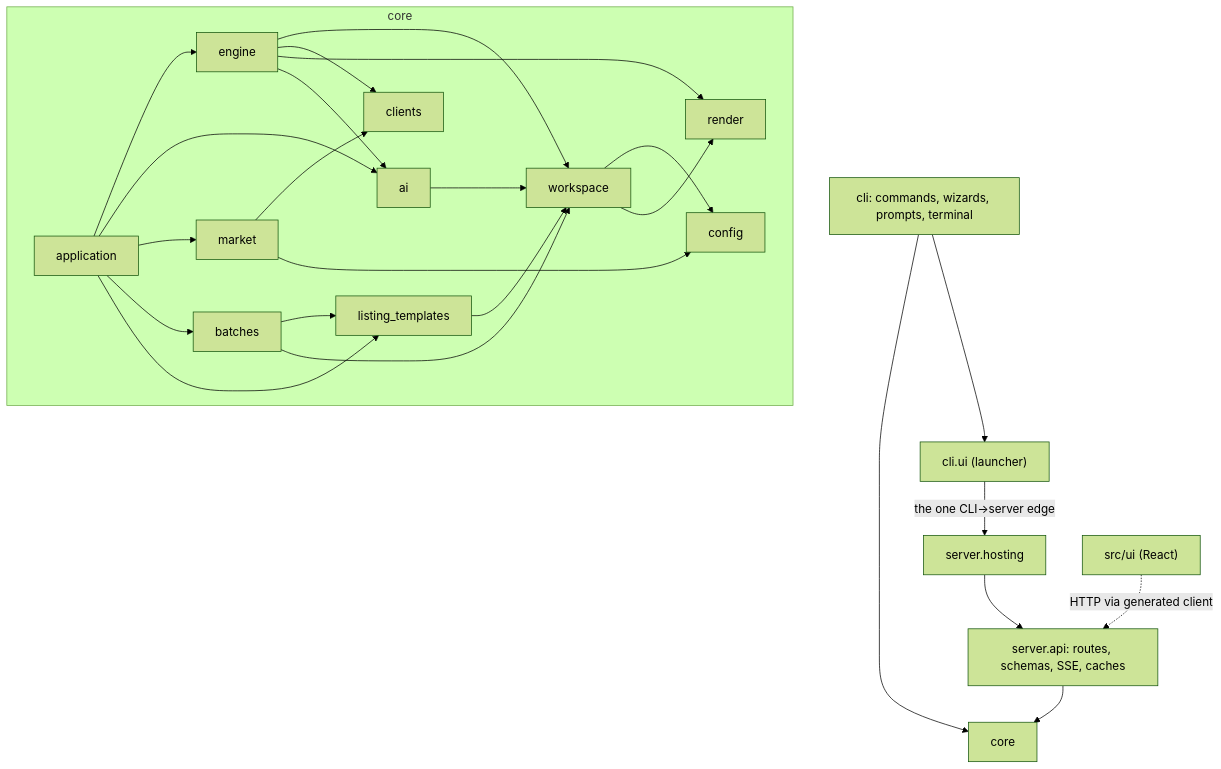
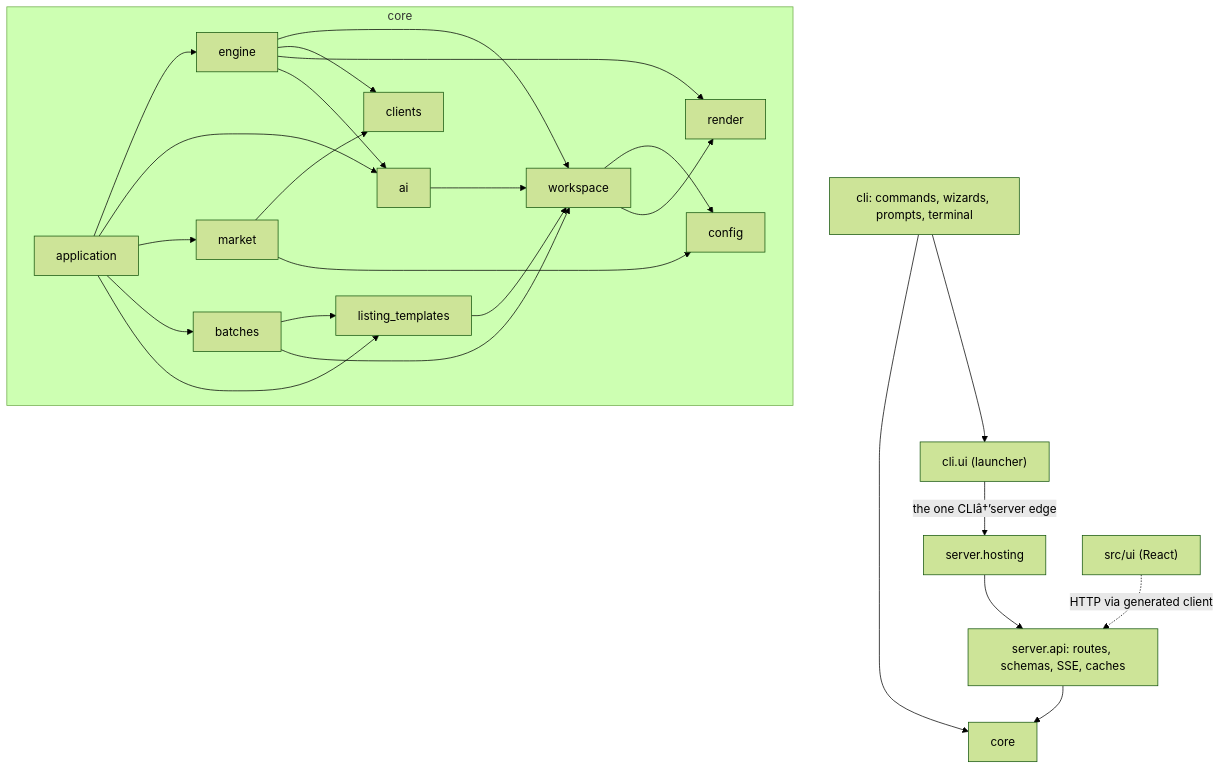
Before and after one commit to eli-jordan/etsy-listing-automation: the first of 5 diagrams in docs/architecture.md, drawn with Mermaid (forest theme). The commit also changed other lines of this file and 255 other files, not shown here.

````diff
--- a/docs/architecture.md
+++ b/docs/architecture.md
@@ -59,28 +63,28 @@
 ```mermaid
 graph TD
-    CLIUI["cli.ui (launcher)"] -->|"the one CLI→server edge"| HOSTING["server.hosting"]
+    CLIUI["cli.ui (launcher)"] -->|"the one CLIâ†’server edge"| HOSTING["server.hosting"]
     CLI["cli: commands, wizards, prompts, terminal"] --> CORE
     CLI --> CLIUI
     HOSTING --> API["server.api: routes, schemas, SSE, caches"]
     API --> CORE["core"]
     SPA["src/ui (React)"] -. "HTTP via generated client" .-> API
     subgraph CORE_INSIDE [core]
         APP["application"] --> ENGINE["engine"]
         APP --> AIP["ai"]
         APP --> MARKET["market"]
         APP --> BATCHES["batches"]
         APP --> TEMPLATES["listing_templates"]
         ENGINE --> WORKSPACE["workspace"]
         ENGINE --> CLIENTS["clients"]
         ENGINE --> RENDER["render"]
         ENGINE --> AIP
         BATCHES --> TEMPLATES
         BATCHES --> WORKSPACE
         TEMPLATES --> WORKSPACE
         AIP --> WORKSPACE
         MARKET --> CLIENTS
         MARKET --> CONFIG["config"]
         WORKSPACE --> CONFIG
         WORKSPACE --> RENDER
     end
 ```
````
